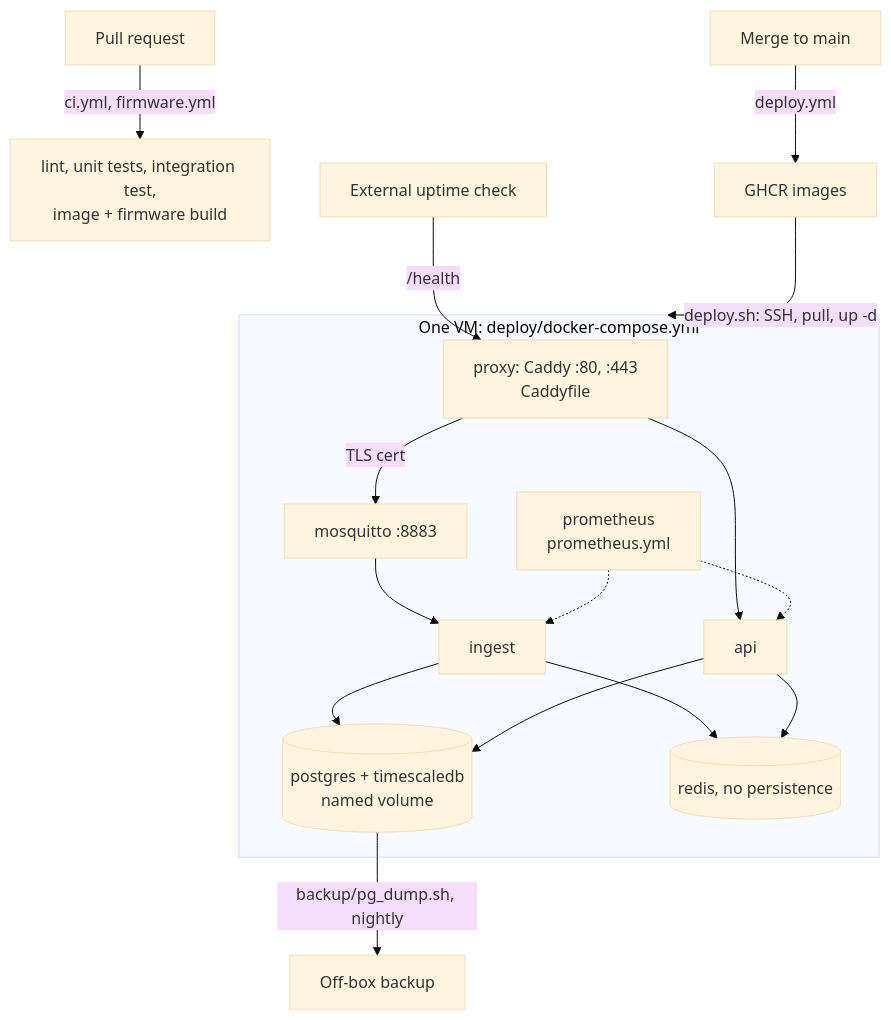
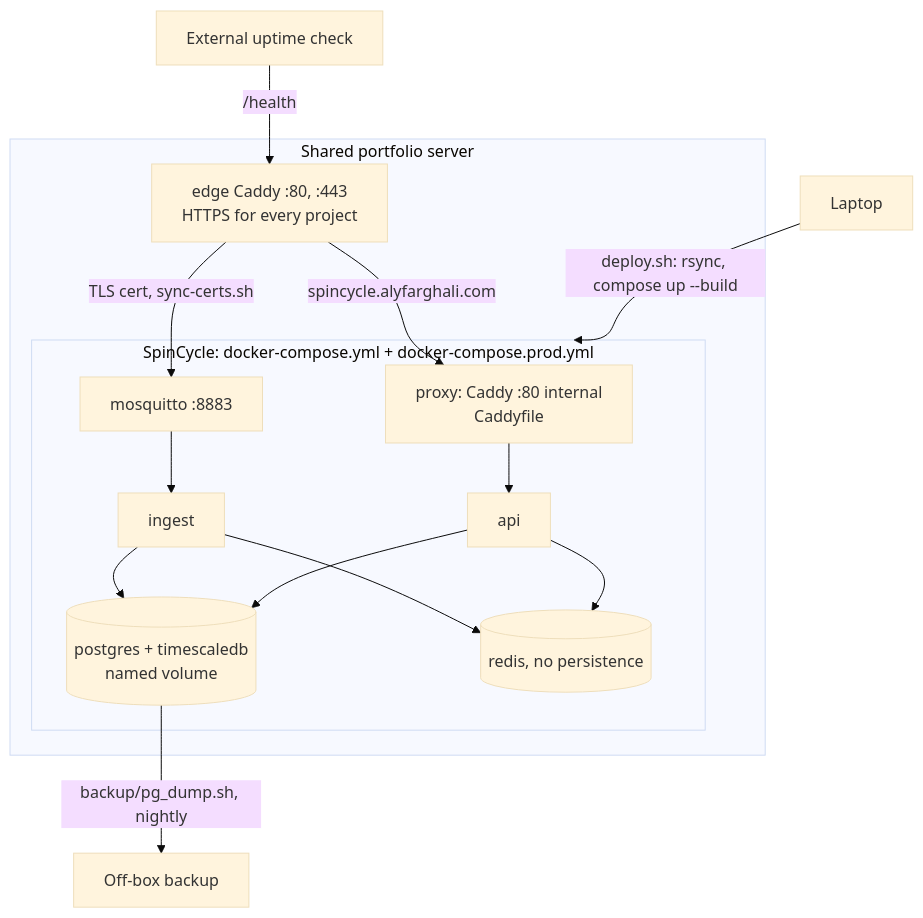
Before and after one commit to alyfarghali/spincycle: diagram 12 of 12 in README.md, drawn with Mermaid (base theme). The commit also changed other lines of this file and 22 other files, not shown here.

Commit message:
Deploy on the shared server behind the edge Caddy; API contract and skeleton; README status (#11)

````diff
--- a/README.md
+++ b/README.md
@@ -287,19 +299,19 @@
 ```mermaid
 flowchart TB
-    subgraph VM["One VM: deploy/docker-compose.yml"]
-        CAD["proxy: Caddy :80, :443<br/>Caddyfile"] --> API["api"]
-        MQ["mosquitto :8883"] --> ING["ingest"]
-        ING --> PG[("postgres + timescaledb<br/>named volume")]
-        ING --> RD[("redis, no persistence")]
-        API --> PG
-        API --> RD
-        PROM["prometheus<br/>prometheus.yml"] -.-> ING
-        PROM -.-> API
+    subgraph VM["Shared portfolio server"]
+        EDGE["edge Caddy :80, :443<br/>HTTPS for every project"]
+        subgraph SC["SpinCycle: docker-compose.yml + docker-compose.prod.yml"]
+            CAD["proxy: Caddy :80 internal<br/>Caddyfile"] --> API["api"]
+            MQ["mosquitto :8883"] --> ING["ingest"]
+            ING --> PG[("postgres + timescaledb<br/>named volume")]
+            ING --> RD[("redis, no persistence")]
+            API --> PG
+            API --> RD
+        end
+        EDGE -->|"spincycle.alyfarghali.com"| CAD
+        EDGE -->|"TLS cert, sync-certs.sh"| MQ
     end
-    CAD -->|"TLS cert"| MQ
-    PR["Pull request"] -->|"ci.yml, firmware.yml"| CI["lint, unit tests, integration test,<br/>image + firmware build"]
-    MERGE["Merge to main"] -->|"deploy.yml"| GHCR["GHCR images"]
-    GHCR -->|"deploy.sh: SSH, pull, up -d"| VM
+    LAPTOP["Laptop"] -->|"deploy.sh: rsync, compose up --build"| SC
     PG -->|"backup/pg_dump.sh, nightly"| BK["Off-box backup"]
-    UPT["External uptime check"] -->|"/health"| CAD
+    UPT["External uptime check"] -->|"/health"| EDGE
 ```
````
